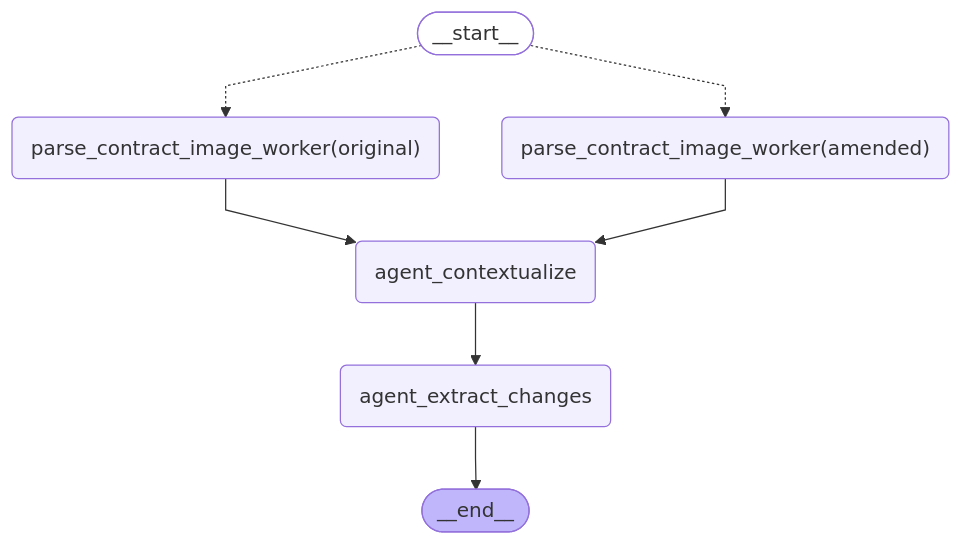
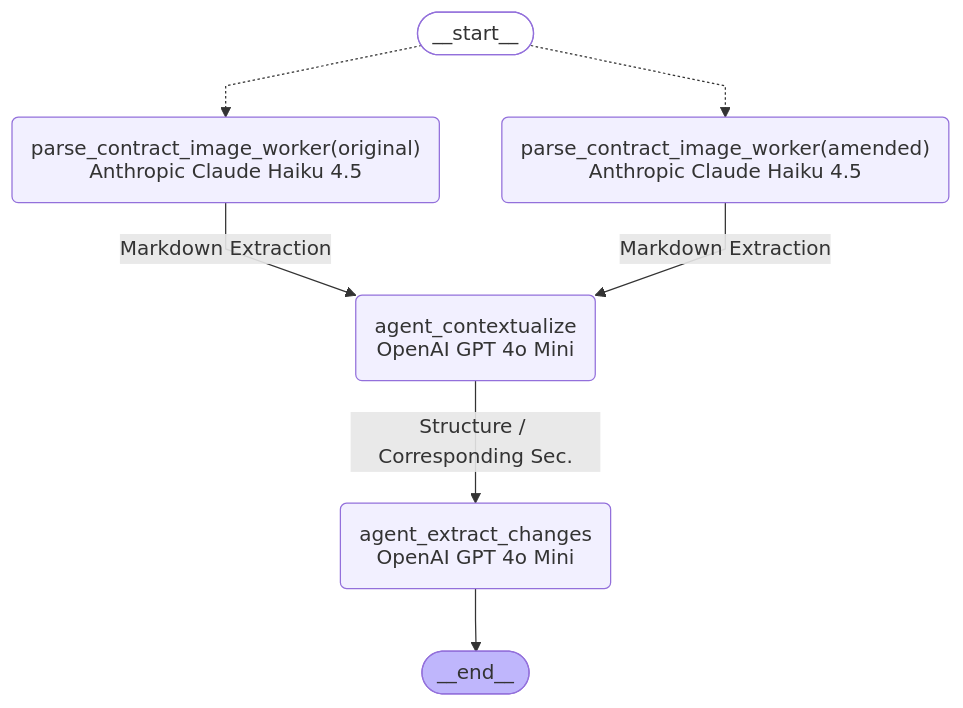
Before and after one commit to FadyMorris/andela_gen-ai_P4_contract-amendment-extractor: the first of 2 diagrams in README.md, drawn with Mermaid. The commit also changed other lines of this file, not shown here.

Commit message:
doc: Improve the Test Workflow Diagram

````diff
--- a/README.md
+++ b/README.md
@@ -16,26 +16,26 @@
 ```mermaid
 ---
 config:
   flowchart:
     curve: linear
   theme: default
   look: classic
 id: 9c7887ba-a979-4c1e-bf40-557121f95cf3
 ---
 graph TD;
 	__start__([<p>__start__</p>]):::first
-	parse_contract_image_worker_original("parse_contract_image_worker(original)")
-	parse_contract_image_worker_amended("parse_contract_image_worker(amended)")
-	agent_contextualize(agent_contextualize)
-	agent_extract_changes(agent_extract_changes)
+	parse_contract_image_worker_original("parse_contract_image_worker(original)<br>Anthropic Claude Haiku 4.5")
+	parse_contract_image_worker_amended("parse_contract_image_worker(amended)<br>Anthropic Claude Haiku 4.5")
+	agent_contextualize("agent_contextualize<br> OpenAI GPT 4o Mini")
+	agent_extract_changes("agent_extract_changes<br> OpenAI GPT 4o Mini")
 	__end__([<p>__end__</p>]):::last
 	__start__ -.-> parse_contract_image_worker_original;
 	__start__ -.-> parse_contract_image_worker_amended;
-	agent_contextualize --> agent_extract_changes;
-	parse_contract_image_worker_original --> agent_contextualize;
-	parse_contract_image_worker_amended --> agent_contextualize;
+	parse_contract_image_worker_original -- Markdown Extraction --> agent_contextualize;
+	parse_contract_image_worker_amended -- Markdown Extraction --> agent_contextualize;
+	agent_contextualize -- Structure / Corresponding Sec. --> agent_extract_changes;
 	agent_extract_changes --> __end__;
 	classDef default fill:#f2f0ff,line-height:1.2
 	classDef first fill-opacity:0
 	classDef last fill:#bfb6fc
 ```
````
